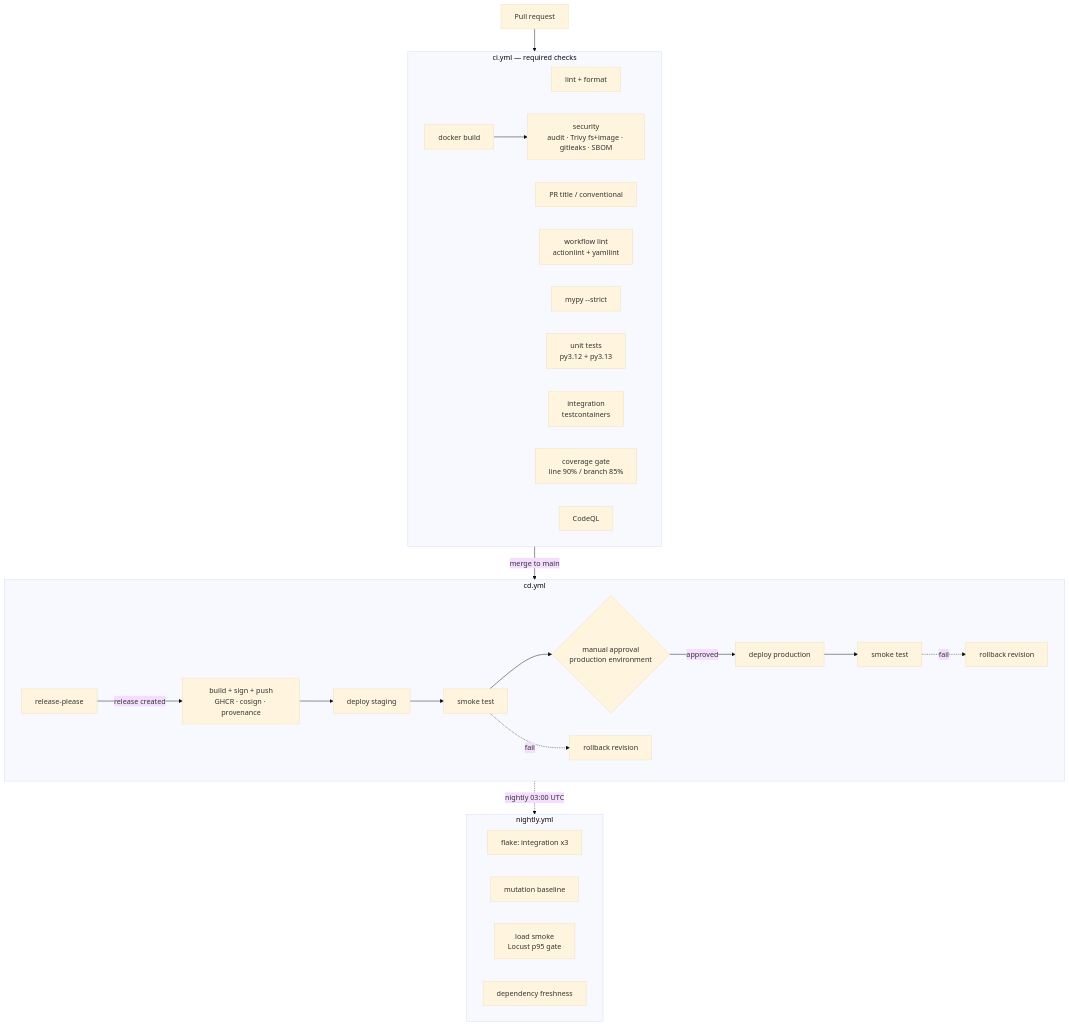
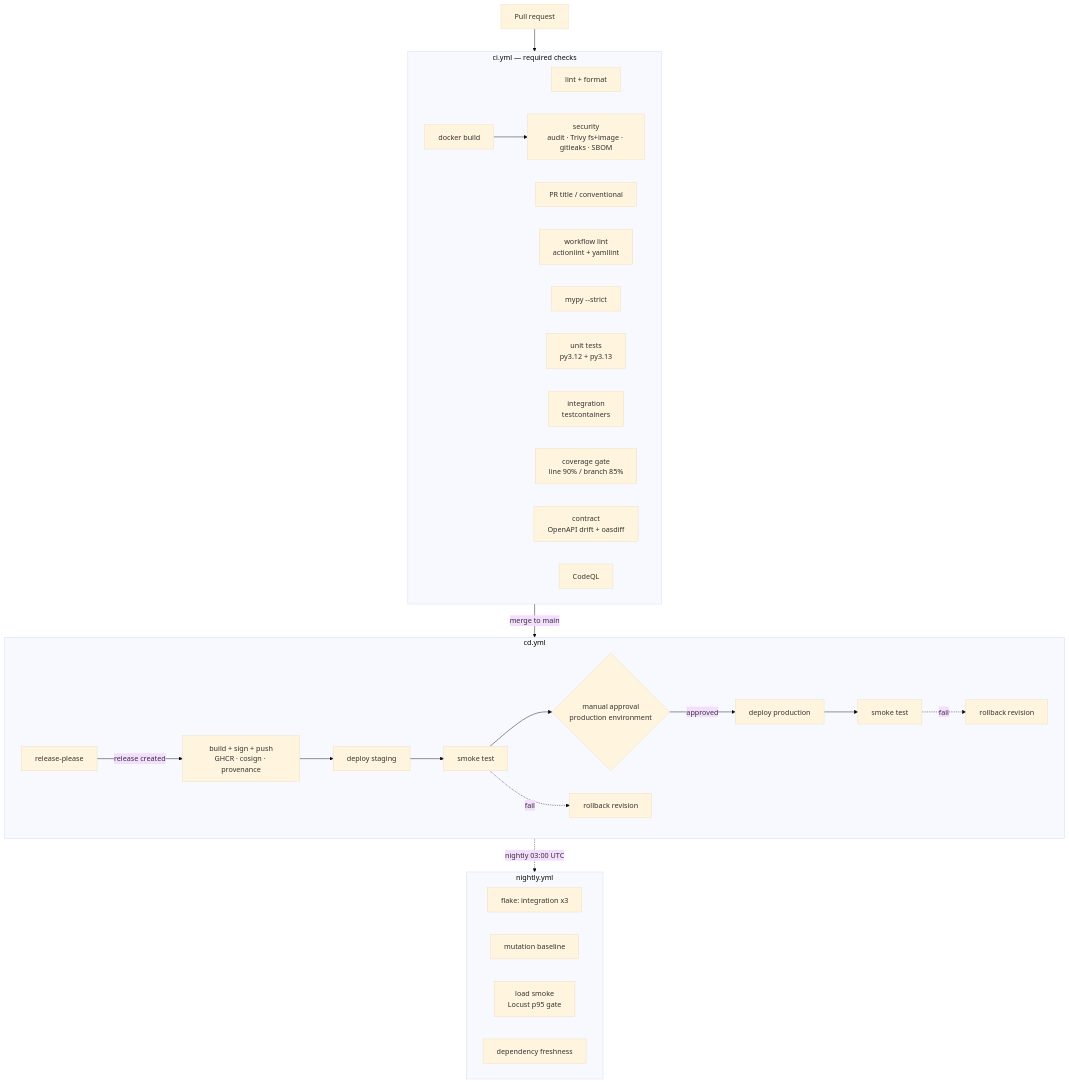
One commit to evg-g/appointments-api changed the diagram in docs/CI_CD.md. Above: the diagram before and after it, drawn with Mermaid (base theme). The commit also changed other lines of this file and 12 other files, not shown here.

First line of the commit message:
feat(contract): publish OpenAPI + drift and oasdiff breaking gates

````diff
--- a/docs/CI_CD.md
+++ b/docs/CI_CD.md
@@ -25,38 +25,39 @@
 ```mermaid
 flowchart TD
     PR[Pull request] --> CI
 
     subgraph CI["ci.yml — required checks"]
         L[lint + format]
         CL[PR title / conventional]
         WL[workflow lint<br/>actionlint + yamllint]
         T[mypy --strict]
         U[unit tests<br/>py3.12 + py3.13]
         I[integration<br/>testcontainers]
         C[coverage gate<br/>line 90% / branch 85%]
+        CT[contract<br/>OpenAPI drift + oasdiff]
         B[docker build] --> S[security<br/>audit · Trivy fs+image · gitleaks · SBOM]
         Q[CodeQL]
     end
 
     CI -->|merge to main| CD
 
     subgraph CD["cd.yml"]
         R[release-please] -->|release created| BSP[build + sign + push<br/>GHCR · cosign · provenance]
         BSP --> DS[deploy staging]
         DS --> SM1[smoke test]
         SM1 --> AP{manual approval<br/>production environment}
         AP -->|approved| DP[deploy production]
         DP --> SM2[smoke test]
         SM1 -.->|fail| RB1[rollback revision]
         SM2 -.->|fail| RB2[rollback revision]
     end
 
     CD -.->|nightly 03:00 UTC| N
 
     subgraph N["nightly.yml"]
         F[flake: integration x3]
         M[mutation baseline]
         LD[load smoke<br/>Locust p95 gate]
         D[dependency freshness]
     end
 ```
````
